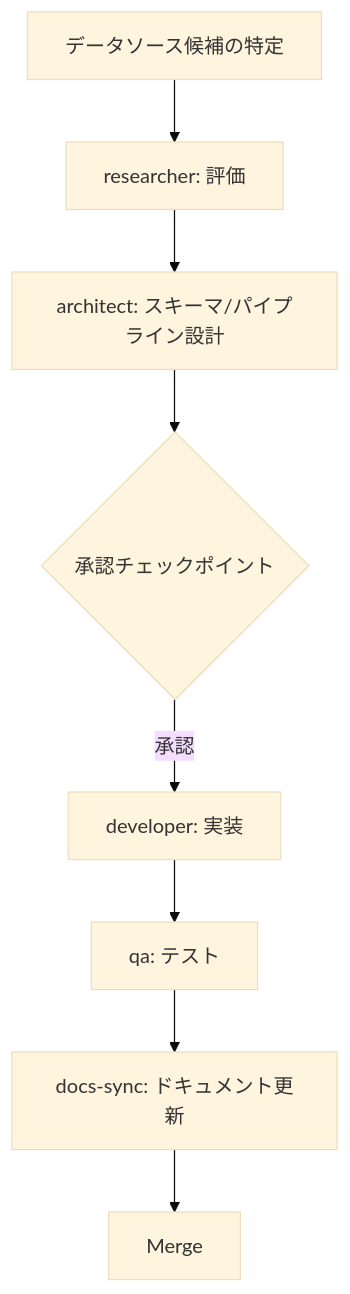
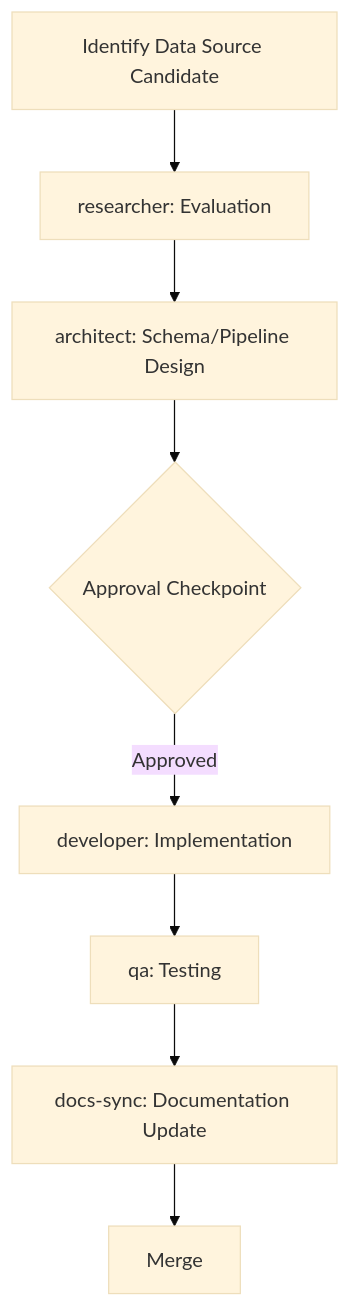
Before and after one commit to kato83/mayu: the third of 6 diagrams in .kiro/steering/agent-workflows.md, drawn with Mermaid (base theme). The commit also changed other lines of this file and 12 other files, not shown here.

````diff
--- a/.kiro/steering/agent-workflows.md
+++ b/.kiro/steering/agent-workflows.md
@@ -191,10 +193,10 @@
 ```mermaid
 graph TD
-    A[データソース候補の特定] --> B[researcher: 評価]
-    B --> C[architect: スキーマ/パイプライン設計]
-    C --> D{承認チェックポイント}
-    D -->|承認| E[developer: 実装]
-    E --> F[qa: テスト]
-    F --> G[docs-sync: ドキュメント更新]
+    A[Identify Data Source Candidate] --> B[researcher: Evaluation]
+    B --> C[architect: Schema/Pipeline Design]
+    C --> D{Approval Checkpoint}
+    D -->|Approved| E[developer: Implementation]
+    E --> F[qa: Testing]
+    F --> G[docs-sync: Documentation Update]
     G --> H[Merge]
 ```
````
